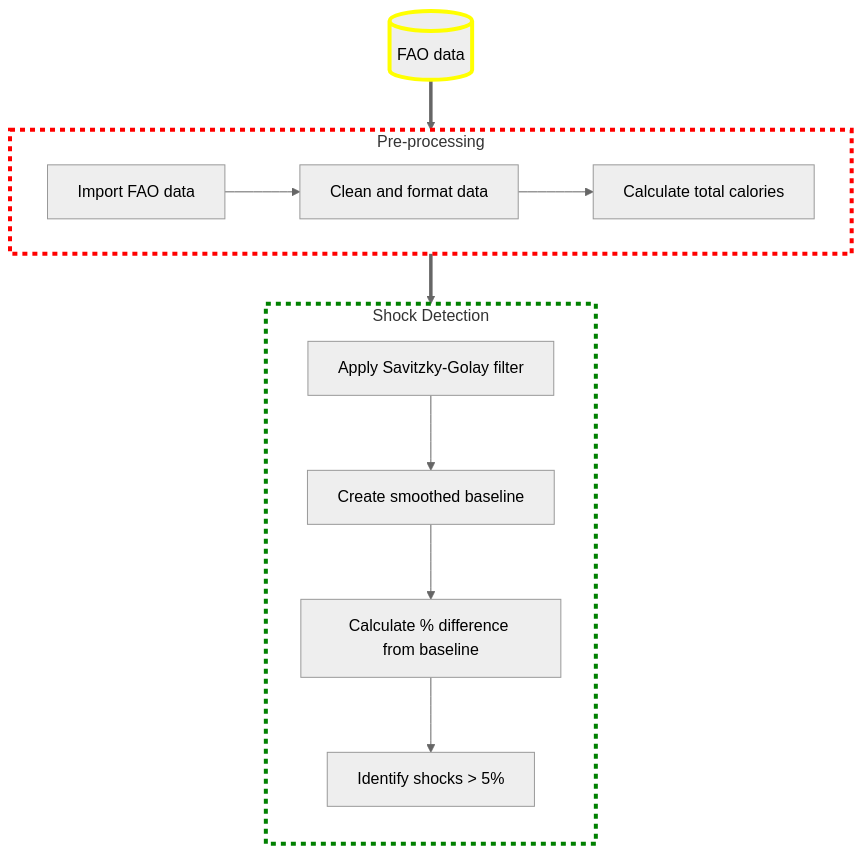
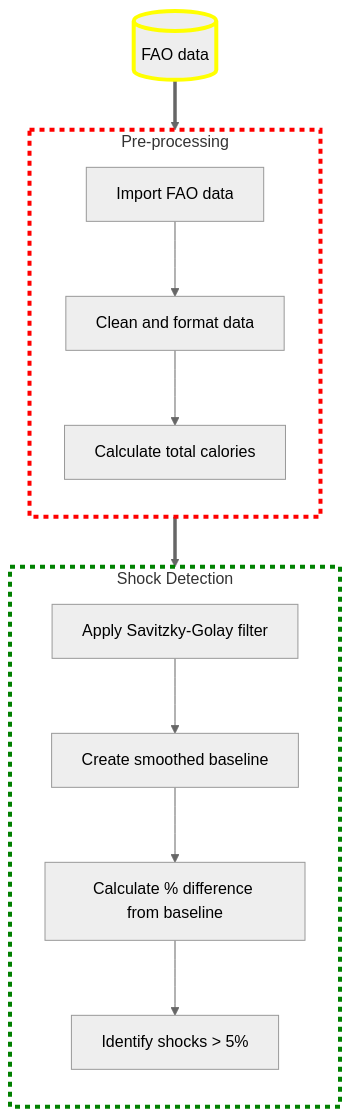
One commit to allfed/Historical-Food-Shocks changed the diagram in README.md. Above: the diagram before and after it, drawn with Mermaid (neutral theme).

````diff
--- a/README.md
+++ b/README.md
@@ -86,22 +86,22 @@
 ```mermaid
 %%{ init: { 'flowchart': { 'curve': 'natural' } } }%%
 flowchart TD
     subgraph id_pre [Pre-processing]
-    direction LR
+    direction TB
     id_pre_1[Import FAO data] --> id_pre_2[Clean and format data]
     id_pre_2 --> id_pre_3[Calculate total calories]
     end
     subgraph id_mod [Shock Detection]
     direction TB
     id_mod_1[Apply Savitzky-Golay filter] --> id_mod_2[Create smoothed baseline]
     id_mod_2 --> id_mod_3[Calculate % difference from baseline]
     id_mod_3 --> id_mod_4[Identify shocks > 5%]
     end
     
     FAO[(FAO data)] ==> id_pre
     id_pre ==> id_mod
 
     style id_pre fill:None,stroke:red,stroke-width:4px,stroke-dasharray: 5 5
     style id_mod fill:None,stroke:green,stroke-width:4px,stroke-dasharray: 5 5
     style FAO stroke:yellow,stroke-width:4px
 ```
````
